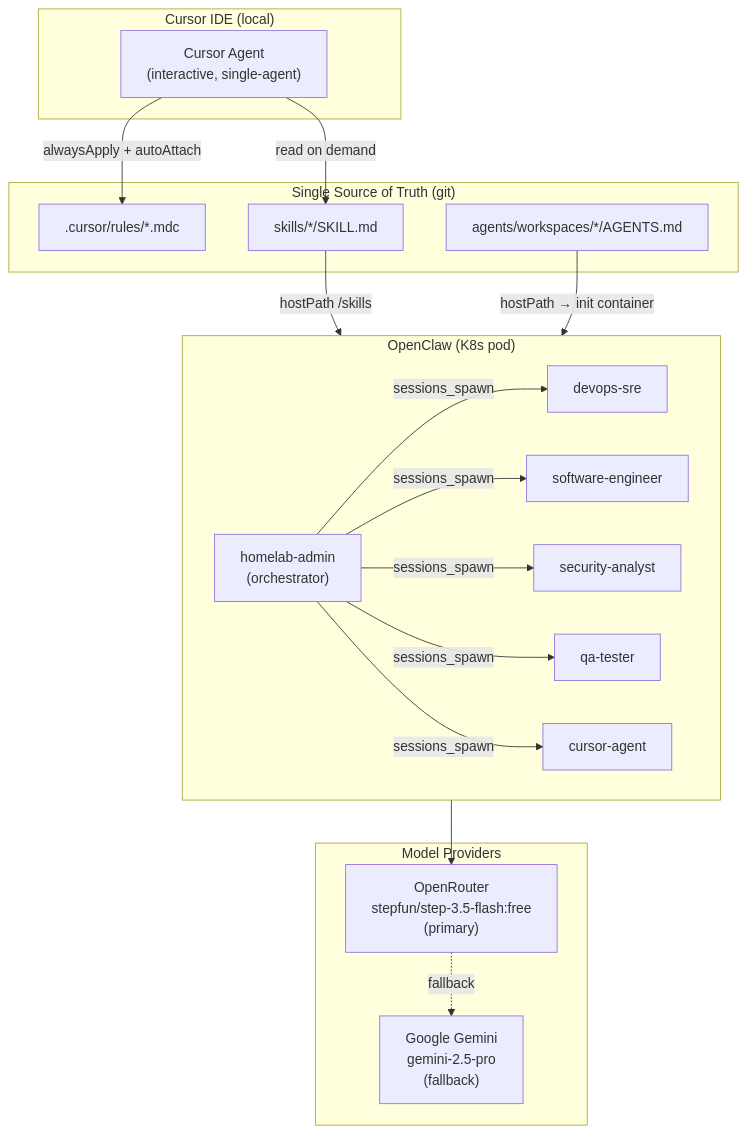
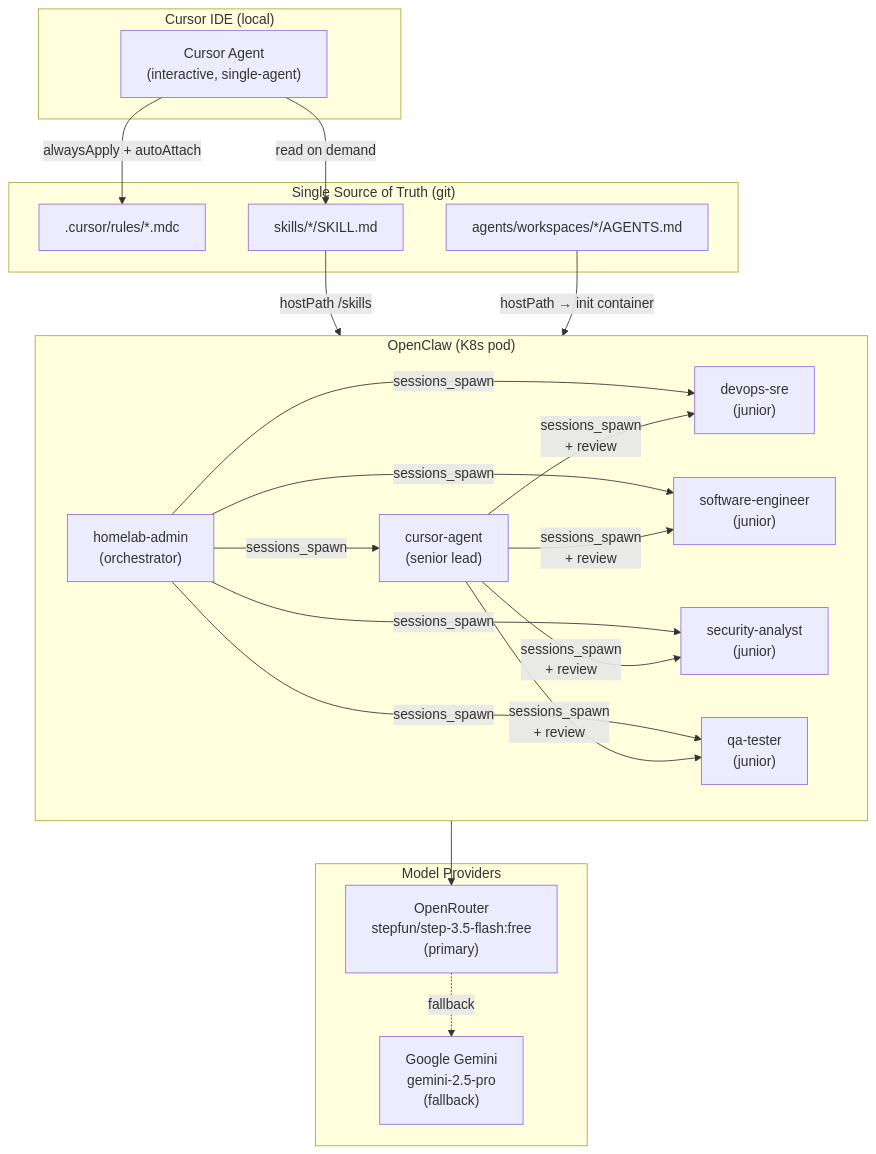
Before and after one commit to haingth77/homelab: the first of 3 diagrams in docs/operations/ai-agents.md, drawn with Mermaid. The commit also changed other lines of this file and 10 other files, not shown here.

First line of the commit message:
feat: promote cursor-agent to senior lead with PR review authority and sub-agent spawning

````diff
--- a/docs/operations/ai-agents.md
+++ b/docs/operations/ai-agents.md
@@ -11,39 +11,43 @@
 ```mermaid
 flowchart TD
     subgraph source ["Single Source of Truth (git)"]
         CursorRules[".cursor/rules/*.mdc"]
         Skills["skills/*/SKILL.md"]
         AgentsMD["agents/workspaces/*/AGENTS.md"]
     end
 
     subgraph cursor ["Cursor IDE (local)"]
         CursorAgent["Cursor Agent\n(interactive, single-agent)"]
         CursorAgent -->|"alwaysApply + autoAttach"| CursorRules
         CursorAgent -->|"read on demand"| Skills
     end
 
     subgraph openclaw ["OpenClaw (K8s pod)"]
         HA["homelab-admin\n(orchestrator)"]
-        DS["devops-sre"]
-        SE["software-engineer"]
-        SA["security-analyst"]
-        QA["qa-tester"]
-        CA["cursor-agent"]
+        CA["cursor-agent\n(senior lead)"]
+        DS["devops-sre\n(junior)"]
+        SE["software-engineer\n(junior)"]
+        SA["security-analyst\n(junior)"]
+        QA["qa-tester\n(junior)"]
+        HA -->|"sessions_spawn"| CA
         HA -->|"sessions_spawn"| DS
         HA -->|"sessions_spawn"| SE
         HA -->|"sessions_spawn"| SA
         HA -->|"sessions_spawn"| QA
-        HA -->|"sessions_spawn"| CA
+        CA -->|"sessions_spawn\n+ review"| DS
+        CA -->|"sessions_spawn\n+ review"| SE
+        CA -->|"sessions_spawn\n+ review"| SA
+        CA -->|"sessions_spawn\n+ review"| QA
     end
 
     subgraph models ["Model Providers"]
         OpenRouterM["OpenRouter\nstepfun/step-3.5-flash:free\n(primary)"]
         GeminiM["Google Gemini\ngemini-2.5-pro\n(fallback)"]
     end
 
     openclaw --> OpenRouterM
     OpenRouterM -.->|"fallback"| GeminiM
 
     Skills -->|"hostPath /skills"| openclaw
     AgentsMD -->|"hostPath → init container"| openclaw
 ```
````
